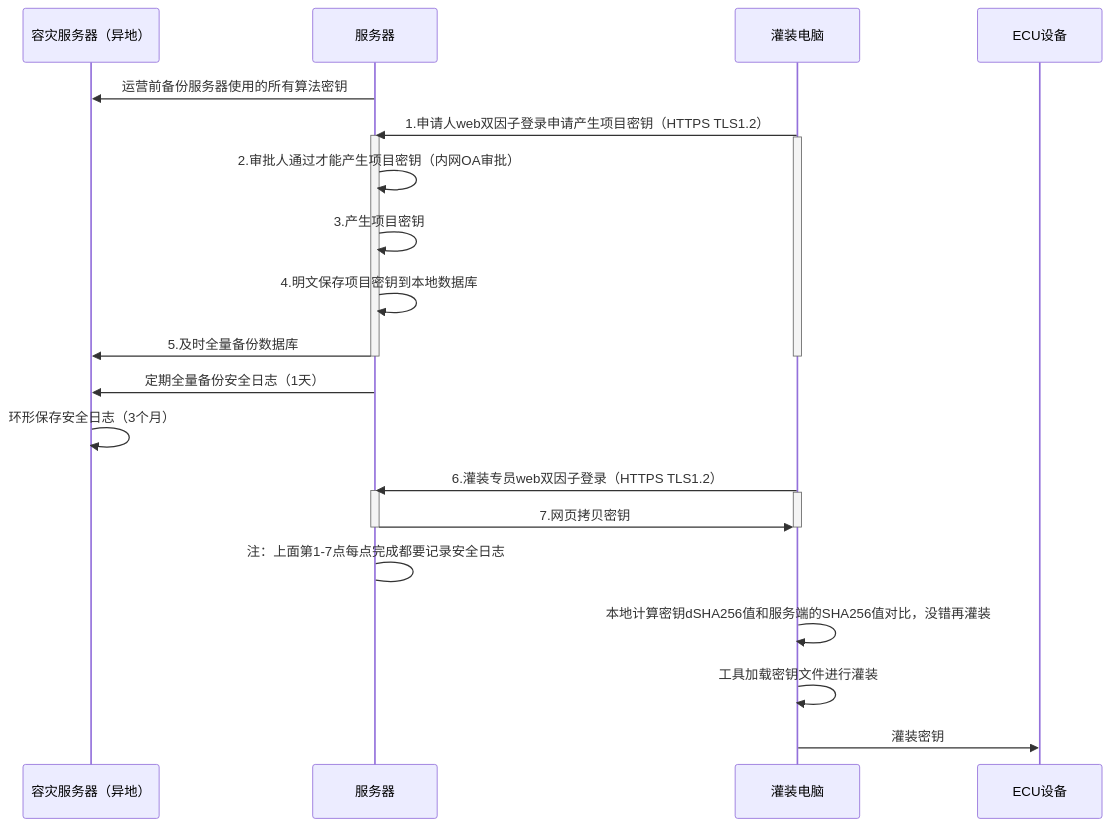
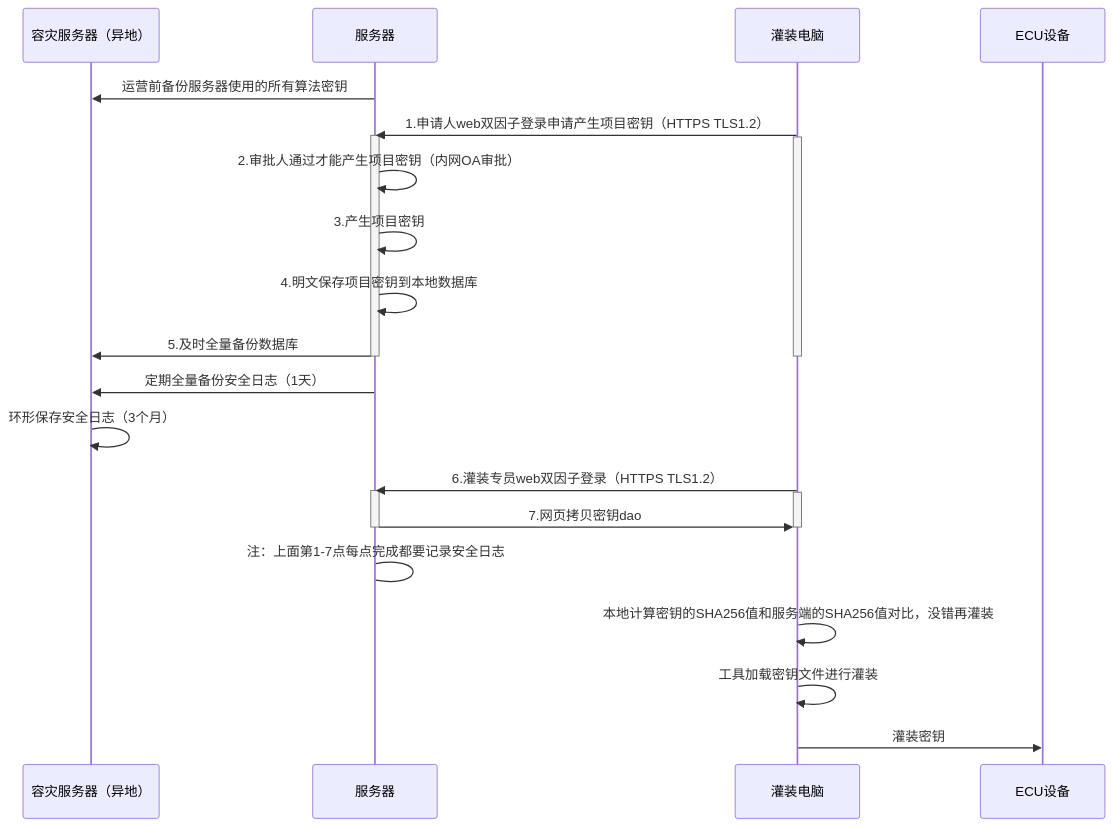
One commit to facebook-cloud/iodraw-files changed the diagram in all/未命名-20.md. Above: the diagram before and after it, drawn with Mermaid.

Commit message:
2026-03-28 09:28:22 update

````diff
--- a/all/未命名-20.md
+++ b/all/未命名-20.md
@@ -1,35 +1,35 @@
 ```mermaid
 sequenceDiagram
     participant A as 容灾服务器（异地）
     participant B as 服务器
     participant D as 灌装电脑
     participant E as ECU设备
 
     B->>A: 运营前备份服务器使用的所有算法密钥
     D->>B: 1.申请人web双因子登录申请产生项目密钥（HTTPS TLS1.2）
     activate B
     activate D
     B->>B: 2.审批人通过才能产生项目密钥（内网OA审批）
     B->>B: 3.产生项目密钥
     B->>B: 4.明文保存项目密钥到本地数据库
     B->>A: 5.及时全量备份数据库
 
     deactivate B
     deactivate D
 
     B->>A: 定期全量备份安全日志（1天）
     A->>A: 环形保存安全日志（3个月）
     
     D->>B: 6.灌装专员web双因子登录（HTTPS TLS1.2）
     activate B
     activate D
-    B->>D: 7.网页拷贝密钥
+    B->>D: 7.网页拷贝密钥dao
     deactivate B
     deactivate D
     B->B: 注：上面第1-7点每点完成都要记录安全日志
 
-    D->>D:本地计算密钥dSHA256值和服务端的SHA256值对比，没错再灌装
+    D->>D:本地计算密钥的SHA256值和服务端的SHA256值对比，没错再灌装
     D->>D:工具加载密钥文件进行灌装
     
     D->>E: 灌装密钥
 ```
````
